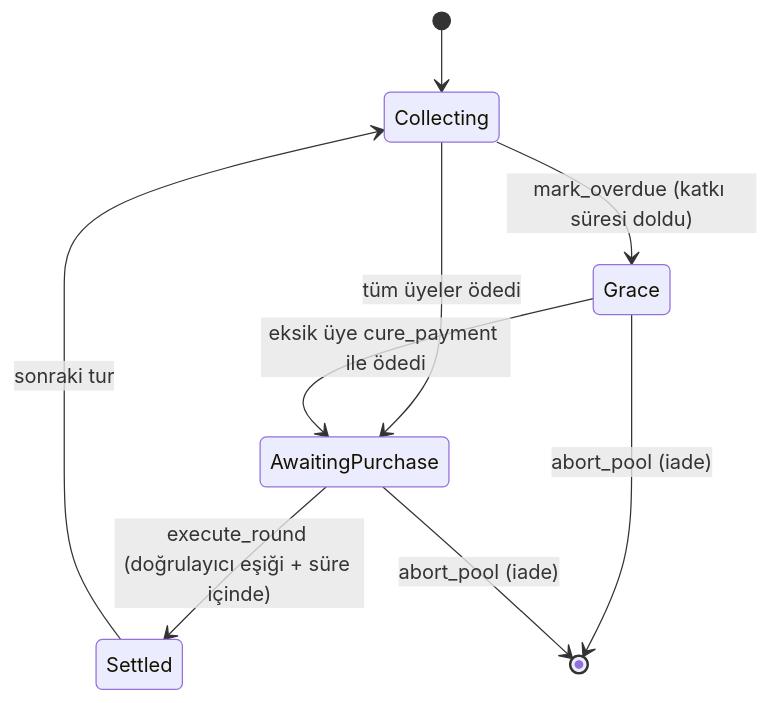
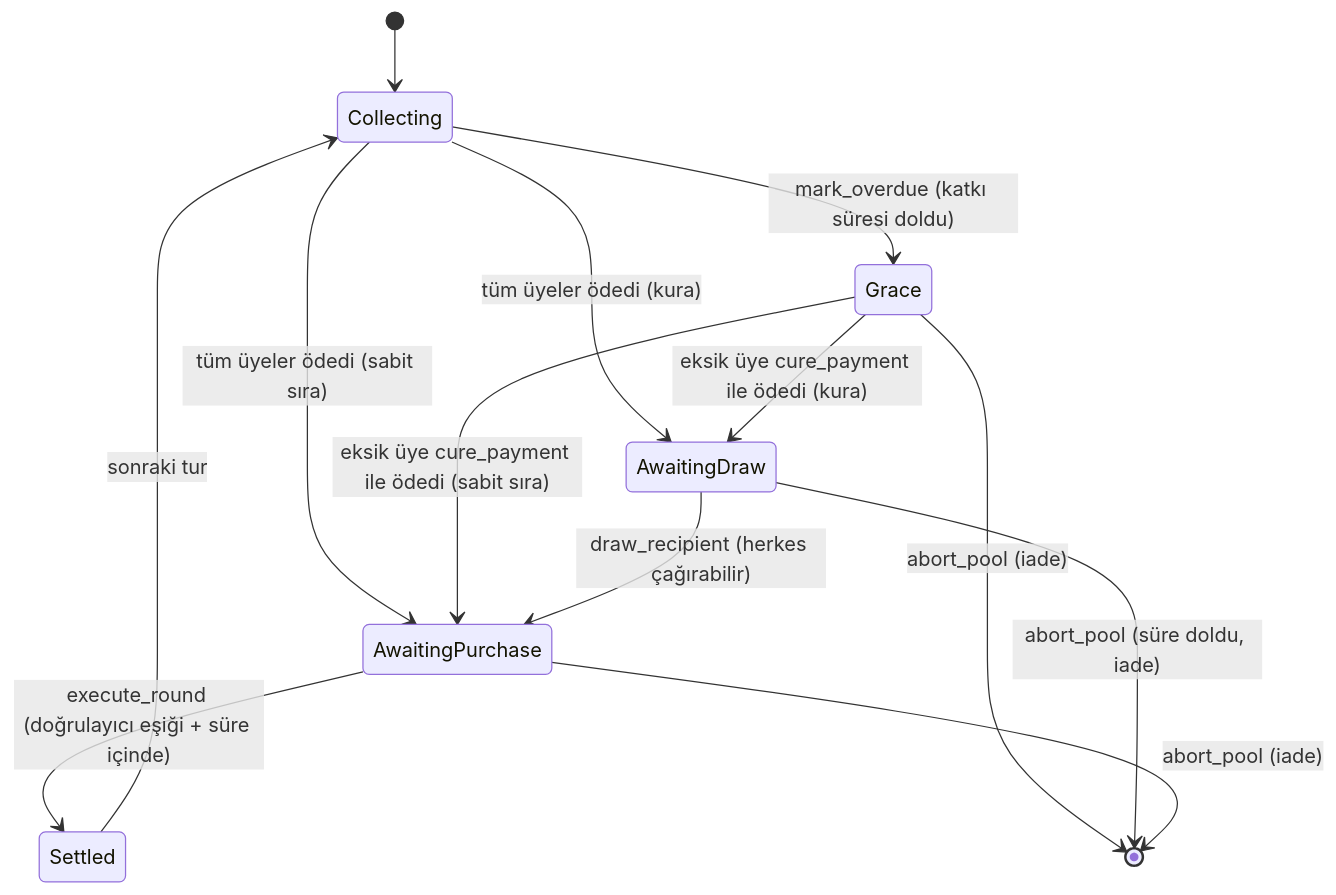
The third of 5 diagrams in docs/architecture/architecture.md (yusufarslan44/Stellerpool), drawn with Mermaid before and after one commit. The commit also changed other lines of this file and 6 other files, not shown here.

```diff
--- a/docs/architecture/architecture.md
+++ b/docs/architecture/architecture.md
@@ -62,11 +62,15 @@
 ~~~mermaid
 stateDiagram-v2
   [*] --> Collecting
   Collecting --> Grace: mark_overdue (katkı süresi doldu)
-  Collecting --> AwaitingPurchase: tüm üyeler ödedi
-  Grace --> AwaitingPurchase: eksik üye cure_payment ile ödedi
+  Collecting --> AwaitingPurchase: tüm üyeler ödedi (sabit sıra)
+  Collecting --> AwaitingDraw: tüm üyeler ödedi (kura)
+  Grace --> AwaitingPurchase: eksik üye cure_payment ile ödedi (sabit sıra)
+  Grace --> AwaitingDraw: eksik üye cure_payment ile ödedi (kura)
+  AwaitingDraw --> AwaitingPurchase: draw_recipient (herkes çağırabilir)
   AwaitingPurchase --> Settled: execute_round (doğrulayıcı eşiği + süre içinde)
   Settled --> Collecting: sonraki tur
   Grace --> [*]: abort_pool (iade)
+  AwaitingDraw --> [*]: abort_pool (süre doldu, iade)
   AwaitingPurchase --> [*]: abort_pool (iade)
 ~~~
```
